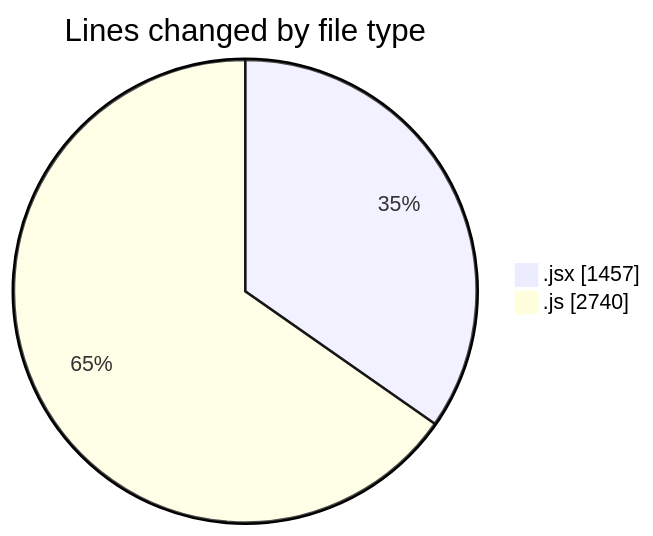
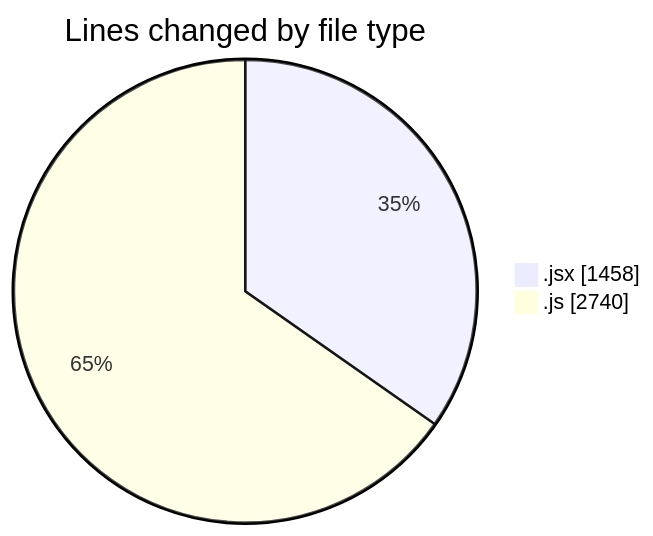
The first of 2 diagrams in 2025-11-07/nxtqube_webapp/README.md (nxtqubesakshisongat/code-tracking), drawn with Mermaid before and after one commit. The commit also changed other lines of this file and 1 other file, not shown here.

````diff
--- a/2025-11-07/nxtqube_webapp/README.md
+++ b/2025-11-07/nxtqube_webapp/README.md
@@ -25,6 +25,6 @@
 ```mermaid
 pie showData
 title Lines changed by file type
-".jsx" : 1457
+".jsx" : 1458
 ".js" : 2740
 ```
````
